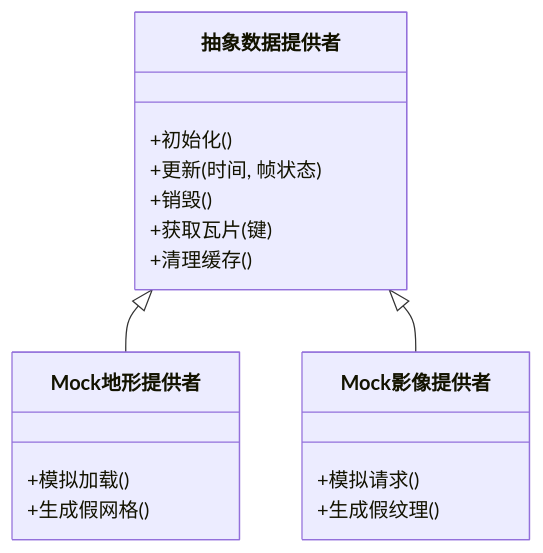
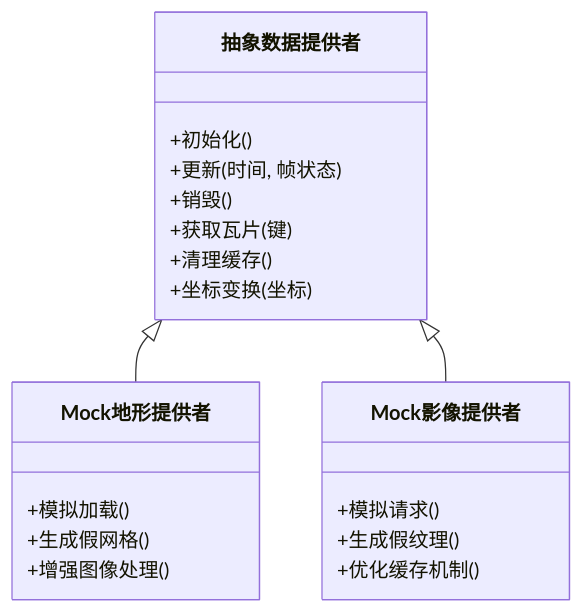
One commit to rzhangjing/cesium changed the sixth of 7 diagrams in .qoder/repowiki/zh/content/数据提供者/数据提供者.md. Above: the diagram before and after it, drawn with Mermaid. The commit also changed other lines of this file and 52 other files, not shown here.

````diff
--- a/.qoder/repowiki/zh/content/数据提供者/数据提供者.md
+++ b/.qoder/repowiki/zh/content/数据提供者/数据提供者.md
@@ -227,20 +249,23 @@
 ```mermaid
 classDiagram
 class 抽象数据提供者 {
 +初始化()
 +更新(时间, 帧状态)
 +销毁()
 +获取瓦片(键)
 +清理缓存()
++坐标变换(坐标)
 }
 class Mock地形提供者 {
 +模拟加载()
 +生成假网格()
++增强图像处理()
 }
 class Mock影像提供者 {
 +模拟请求()
 +生成假纹理()
++优化缓存机制()
 }
 抽象数据提供者 <|-- Mock地形提供者
 抽象数据提供者 <|-- Mock影像提供者
 ```
````
